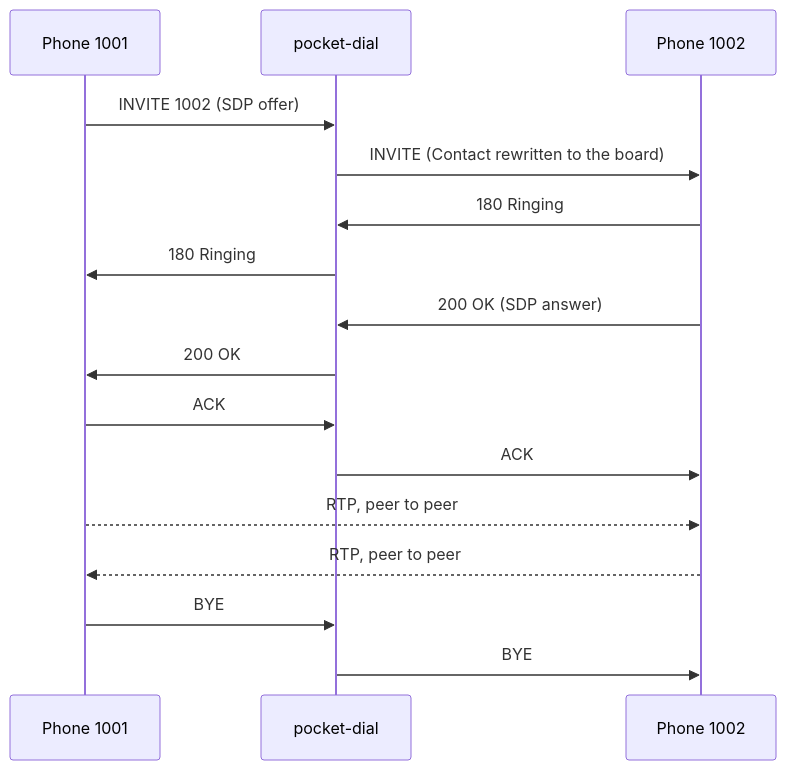
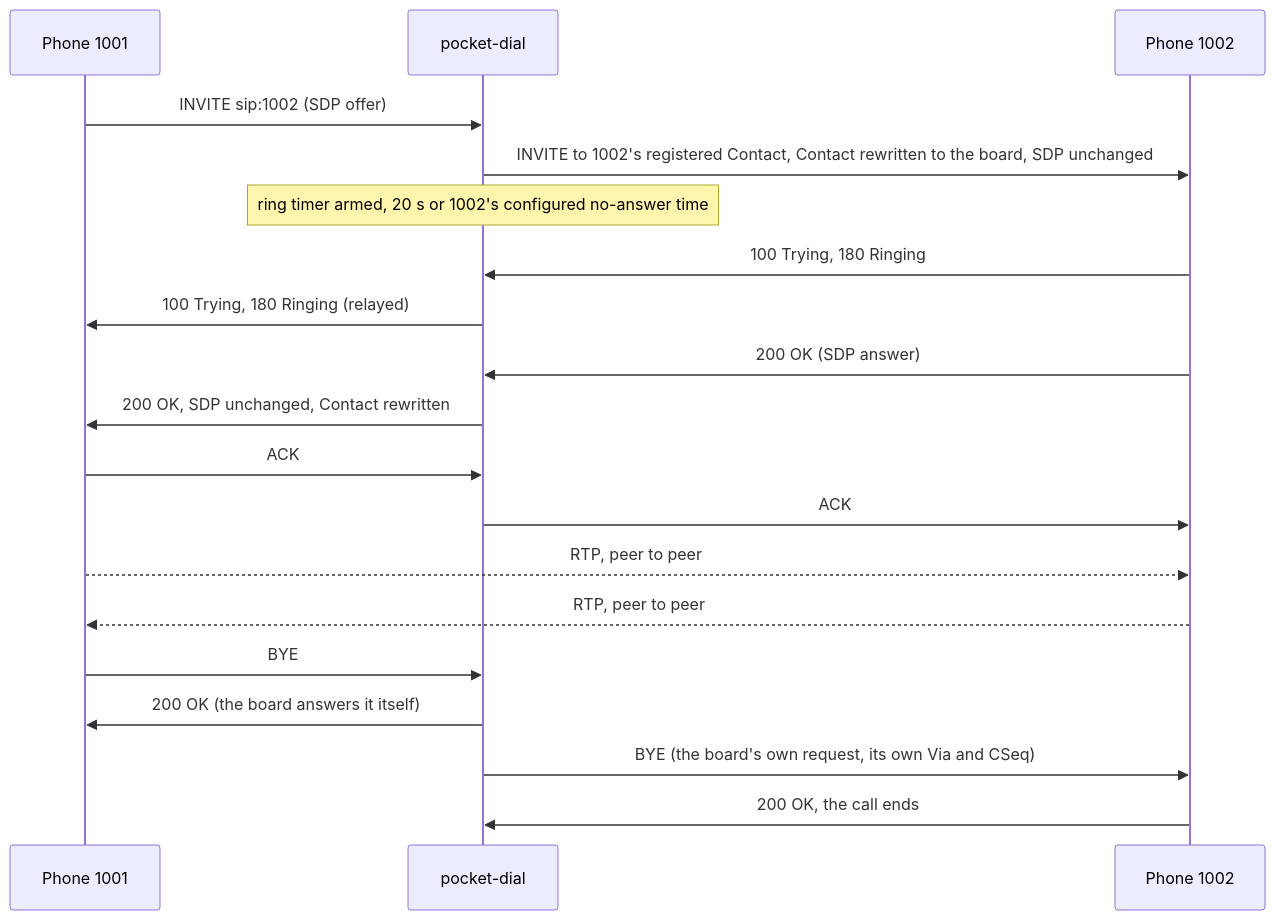
One commit to GlomarGadaffi/pocket-dial changed the second of 7 diagrams in README.md. Above: the diagram before and after it, drawn with Mermaid. The commit also changed other lines of this file and 29 other files, not shown here.

First line of the commit message:
docs: make the Mermaid diagrams exact against main (#1105)

````diff
--- a/README.md
+++ b/README.md
@@ -24,18 +27,21 @@
 ```mermaid
 sequenceDiagram
     participant A as Phone 1001
     participant P as pocket-dial
     participant B as Phone 1002
-    A->>P: INVITE 1002 (SDP offer)
-    P->>B: INVITE (Contact rewritten to the board)
-    B->>P: 180 Ringing
-    P->>A: 180 Ringing
+    A->>P: INVITE sip:1002 (SDP offer)
+    P->>B: INVITE to 1002's registered Contact, Contact rewritten to the board, SDP unchanged
+    Note over P: ring timer armed, 20 s or 1002's configured no-answer time
+    B->>P: 100 Trying, 180 Ringing
+    P->>A: 100 Trying, 180 Ringing (relayed)
     B->>P: 200 OK (SDP answer)
-    P->>A: 200 OK
+    P->>A: 200 OK, SDP unchanged, Contact rewritten
     A->>P: ACK
     P->>B: ACK
     A-->>B: RTP, peer to peer
     B-->>A: RTP, peer to peer
     A->>P: BYE
-    P->>B: BYE
+    P->>A: 200 OK (the board answers it itself)
+    P->>B: BYE (the board's own request, its own Via and CSeq)
+    B->>P: 200 OK, the call ends
 ```
````
